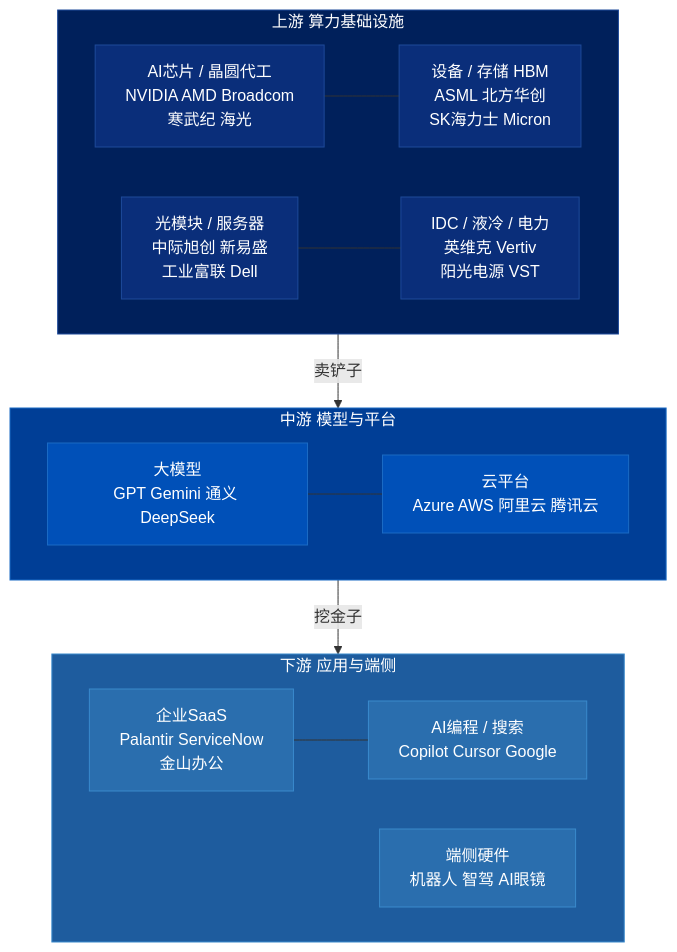
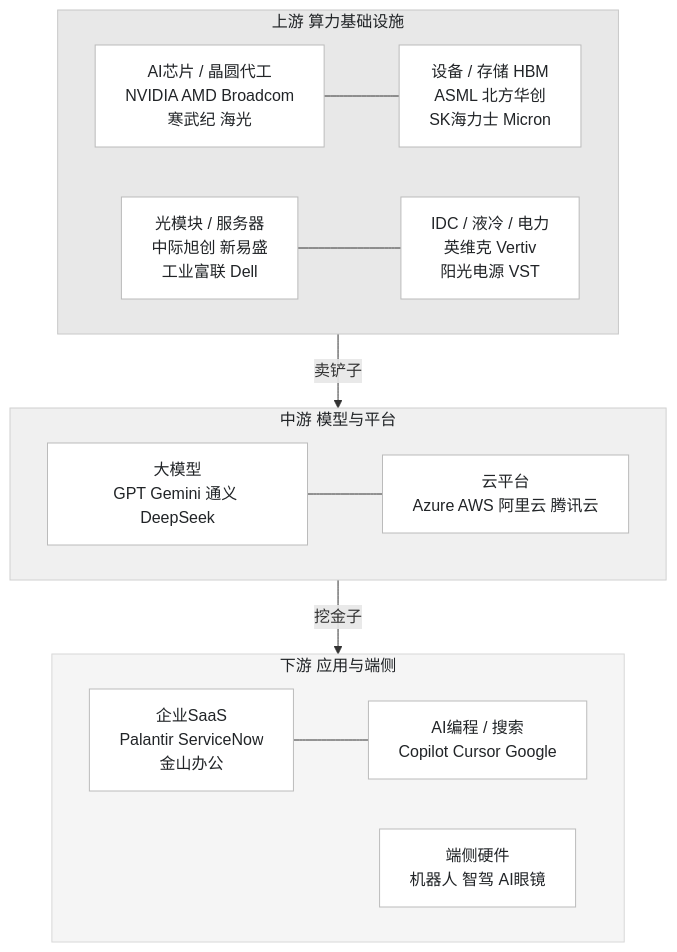
Before and after one commit to harveyzhang814/harveyz-skill: the third of 3 diagrams in skills/writing/draw-diagram/references/flowchart.md, drawn with Mermaid. The commit also changed 5 other files, not shown here.

First line of the commit message:
refactor(writing): simplify draw-diagram, drop legacy RB palette (1.5.0)

````diff
--- a/skills/writing/draw-diagram/references/flowchart.md
+++ b/skills/writing/draw-diagram/references/flowchart.md
@@ -57,32 +57,32 @@
 ```mermaid
 flowchart TD
     subgraph UP["上游 算力基础设施"]
         U1["AI芯片 / 晶圆代工<br/>NVIDIA AMD Broadcom<br/>寒武纪 海光"] --- U2["设备 / 存储 HBM<br/>ASML 北方华创<br/>SK海力士 Micron"]
         U3["光模块 / 服务器<br/>中际旭创 新易盛<br/>工业富联 Dell"]  --- U4["IDC / 液冷 / 电力<br/>英维克 Vertiv<br/>阳光电源 VST"]
     end
 
     subgraph MID["中游 模型与平台"]
         M1["大模型<br/>GPT Gemini 通义 DeepSeek"] --- M2["云平台<br/>Azure AWS 阿里云 腾讯云"]
     end
 
     subgraph DOWN["下游 应用与端侧"]
         D1["企业SaaS<br/>Palantir ServiceNow<br/>金山办公"] --- D2["AI编程 / 搜索<br/>Copilot Cursor Google"]
         D3["端侧硬件<br/>机器人 智驾 AI眼镜"]
     end
 
     UP -->|"卖铲子"| MID
     MID -->|"挖金子"| DOWN
 
-    style UP   fill:#00205B,color:#fff,stroke:#1E4A9A
-    style MID  fill:#003E96,color:#fff,stroke:#1A6AC4
-    style DOWN fill:#1E5C9E,color:#fff,stroke:#3A8ACC
-    style U1 fill:#0A2E7A,color:#fff,stroke:#1E4A9A
-    style U2 fill:#0A2E7A,color:#fff,stroke:#1E4A9A
-    style U3 fill:#0A2E7A,color:#fff,stroke:#1E4A9A
-    style U4 fill:#0A2E7A,color:#fff,stroke:#1E4A9A
-    style M1 fill:#0050B8,color:#fff,stroke:#1A6AC4
-    style M2 fill:#0050B8,color:#fff,stroke:#1A6AC4
-    style D1 fill:#2A6EAE,color:#fff,stroke:#3A8ACC
-    style D2 fill:#2A6EAE,color:#fff,stroke:#3A8ACC
-    style D3 fill:#2A6EAE,color:#fff,stroke:#3A8ACC
+    style UP   fill:#E8E8E8,color:#212427,stroke:#C8C8C8
+    style MID  fill:#F0F0F0,color:#212427,stroke:#D0D0D0
+    style DOWN fill:#F5F5F5,color:#212427,stroke:#D8D8D8
+    style U1 fill:#FFFFFF,color:#212427,stroke:#BBBBBB
+    style U2 fill:#FFFFFF,color:#212427,stroke:#BBBBBB
+    style U3 fill:#FFFFFF,color:#212427,stroke:#BBBBBB
+    style U4 fill:#FFFFFF,color:#212427,stroke:#BBBBBB
+    style M1 fill:#FFFFFF,color:#212427,stroke:#BBBBBB
+    style M2 fill:#FFFFFF,color:#212427,stroke:#BBBBBB
+    style D1 fill:#FFFFFF,color:#212427,stroke:#BBBBBB
+    style D2 fill:#FFFFFF,color:#212427,stroke:#BBBBBB
+    style D3 fill:#FFFFFF,color:#212427,stroke:#BBBBBB
 ```
````
